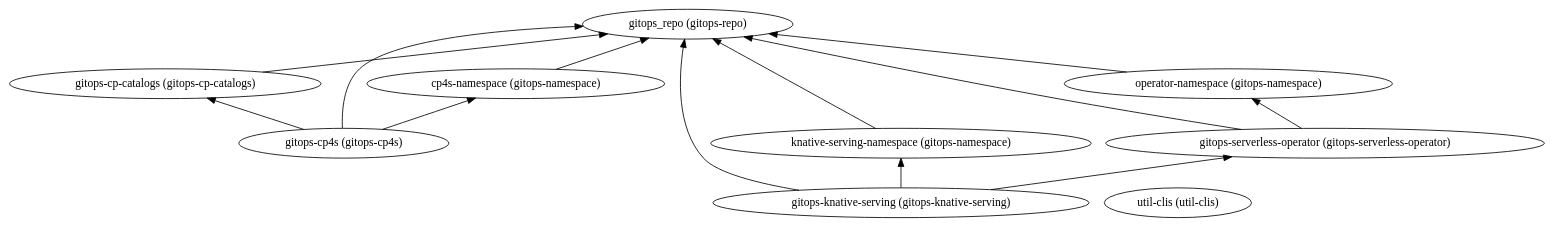
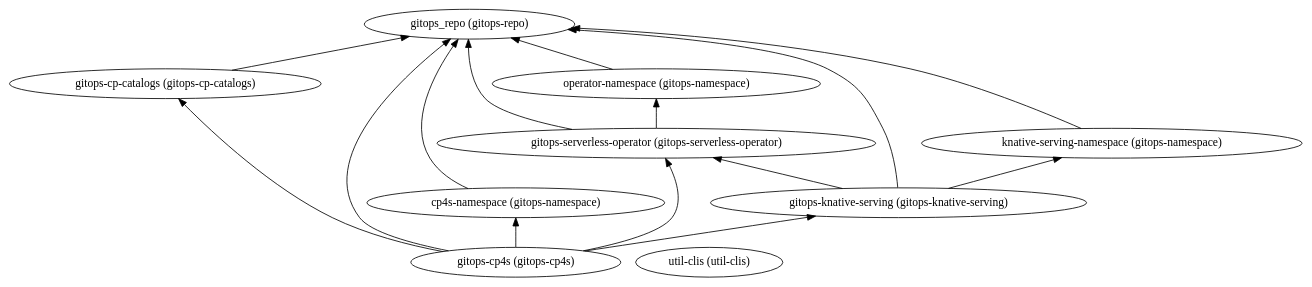
One commit to IBM/automation-cp4s changed the diagram in cloud-pak-for-security-openshift/700-cp4s-multicloud/dependencies.dot. Above: the diagram before and after it, drawn with Graphviz. The commit also changed 29 other files, not shown here.

Commit message:
updated to use  external charts, cp4s v1.10, automatically create isc-cases-customer-license secret/license

```diff
--- a/cloud-pak-for-security-openshift/700-cp4s-multicloud/dependencies.dot
+++ b/cloud-pak-for-security-openshift/700-cp4s-multicloud/dependencies.dot
@@ -1,24 +1,26 @@
 digraph {
     rankdir="BT"
     "gitops-cp-catalogs (gitops-cp-catalogs)" -> "gitops_repo (gitops-repo)"
 "gitops-cp-catalogs (gitops-cp-catalogs)"
 "gitops_repo (gitops-repo)"
 "gitops-cp4s (gitops-cp4s)" -> "gitops_repo (gitops-repo)"
 "gitops-cp4s (gitops-cp4s)" -> "cp4s-namespace (gitops-namespace)"
 "gitops-cp4s (gitops-cp4s)" -> "gitops-cp-catalogs (gitops-cp-catalogs)"
+"gitops-cp4s (gitops-cp4s)" -> "gitops-serverless-operator (gitops-serverless-operator)"
+"gitops-cp4s (gitops-cp4s)" -> "gitops-knative-serving (gitops-knative-serving)"
 "gitops-cp4s (gitops-cp4s)"
 "cp4s-namespace (gitops-namespace)" -> "gitops_repo (gitops-repo)"
 "cp4s-namespace (gitops-namespace)"
+"gitops-serverless-operator (gitops-serverless-operator)" -> "gitops_repo (gitops-repo)"
+"gitops-serverless-operator (gitops-serverless-operator)" -> "operator-namespace (gitops-namespace)"
+"gitops-serverless-operator (gitops-serverless-operator)"
+"operator-namespace (gitops-namespace)" -> "gitops_repo (gitops-repo)"
+"operator-namespace (gitops-namespace)"
 "gitops-knative-serving (gitops-knative-serving)" -> "gitops_repo (gitops-repo)"
 "gitops-knative-serving (gitops-knative-serving)" -> "knative-serving-namespace (gitops-namespace)"
 "gitops-knative-serving (gitops-knative-serving)" -> "gitops-serverless-operator (gitops-serverless-operator)"
 "gitops-knative-serving (gitops-knative-serving)"
 "knative-serving-namespace (gitops-namespace)" -> "gitops_repo (gitops-repo)"
 "knative-serving-namespace (gitops-namespace)"
-"gitops-serverless-operator (gitops-serverless-operator)" -> "gitops_repo (gitops-repo)"
-"gitops-serverless-operator (gitops-serverless-operator)" -> "operator-namespace (gitops-namespace)"
-"gitops-serverless-operator (gitops-serverless-operator)"
-"operator-namespace (gitops-namespace)" -> "gitops_repo (gitops-repo)"
-"operator-namespace (gitops-namespace)"
 "util-clis (util-clis)"
   }
```
